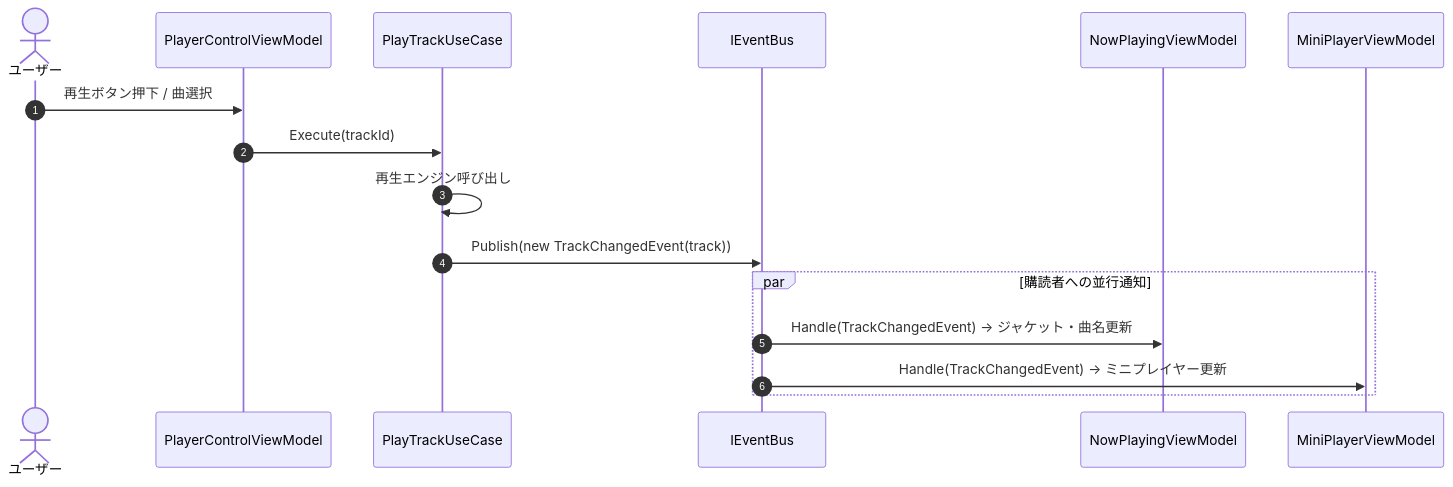
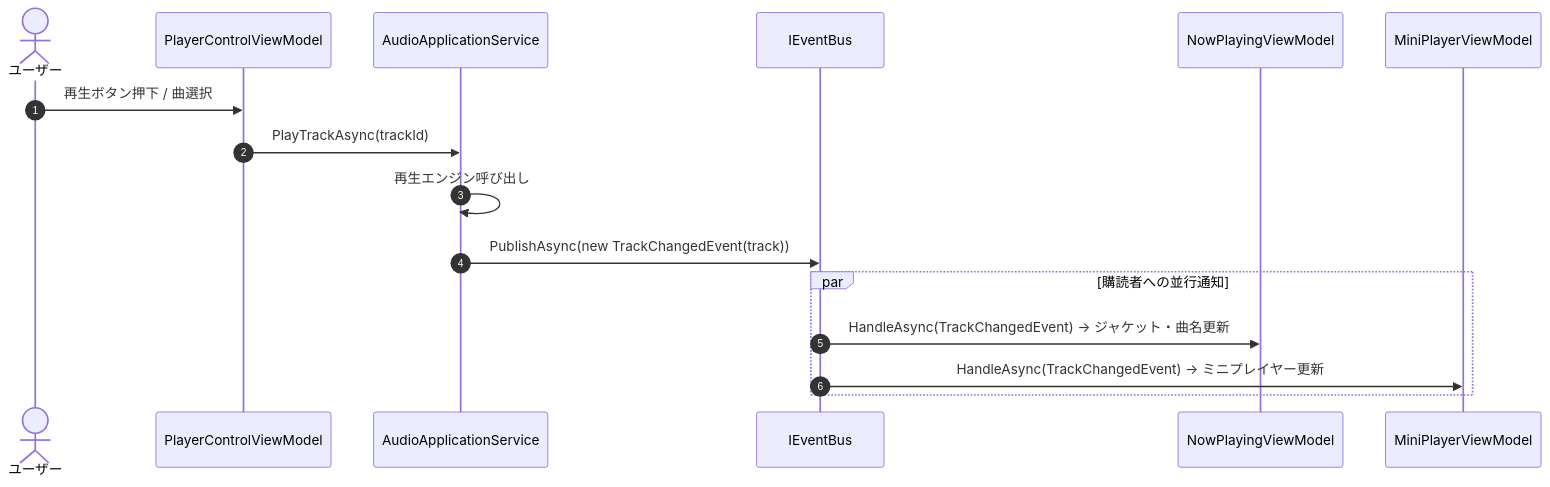
Before and after one commit to taketonnbo/Audio_Effector: the third of 3 diagrams in 設計/詳細設計/アーキテクチャ/アーキテクチャ全体設計書.md, drawn with Mermaid. The commit also changed other lines of this file and 2 other files, not shown here.

````diff
--- a/設計/詳細設計/アーキテクチャ/アーキテクチャ全体設計書.md
+++ b/設計/詳細設計/アーキテクチャ/アーキテクチャ全体設計書.md
@@ -238,19 +241,19 @@
 ```mermaid
 sequenceDiagram
     autonumber
     actor User as ユーザー
     participant VM as PlayerControlViewModel
-    participant UC as PlayTrackUseCase
+    participant AppService as AudioApplicationService
     participant Bus as IEventBus
     participant NowPlaying as NowPlayingViewModel
     participant Mini as MiniPlayerViewModel
 
     User ->> VM: 再生ボタン押下 / 曲選択
-    VM ->> UC: Execute(trackId)
-    UC ->> UC: 再生エンジン呼び出し
-    UC ->> Bus: Publish(new TrackChangedEvent(track))
+    VM ->> AppService: PlayTrackAsync(trackId)
+    AppService ->> AppService: 再生エンジン呼び出し
+    AppService ->> Bus: PublishAsync(new TrackChangedEvent(track))
     par 購読者への並行通知
-        Bus ->> NowPlaying: Handle(TrackChangedEvent) -> ジャケット・曲名更新
-        Bus ->> Mini: Handle(TrackChangedEvent) -> ミニプレイヤー更新
+        Bus ->> NowPlaying: HandleAsync(TrackChangedEvent) -> ジャケット・曲名更新
+        Bus ->> Mini: HandleAsync(TrackChangedEvent) -> ミニプレイヤー更新
     end
 ```
````
